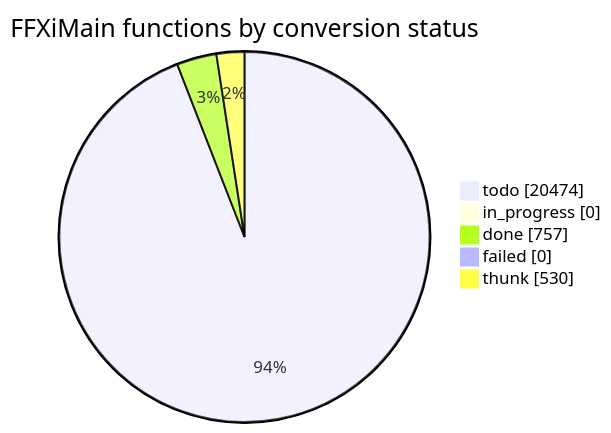
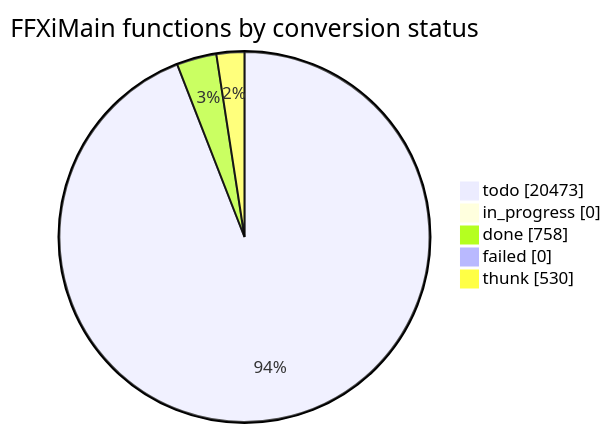
One commit to cowrevenge/cow_kuluu_xi_anything changed the diagram in docs/cow/STATUS.md. Above: the diagram before and after it, drawn with Mermaid. The commit also changed other lines of this file and 9 other files, not shown here.

````diff
--- a/docs/cow/STATUS.md
+++ b/docs/cow/STATUS.md
@@ -18,9 +18,9 @@
 ```mermaid
 pie showData
     title FFXiMain functions by conversion status
-    "todo" : 20474
+    "todo" : 20473
     "in_progress" : 0
-    "done" : 757
+    "done" : 758
     "failed" : 0
     "thunk" : 530
 ```
````
